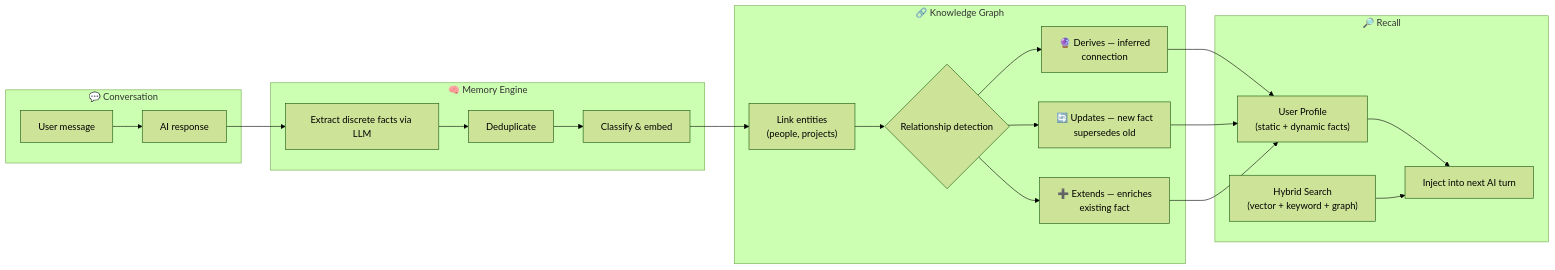
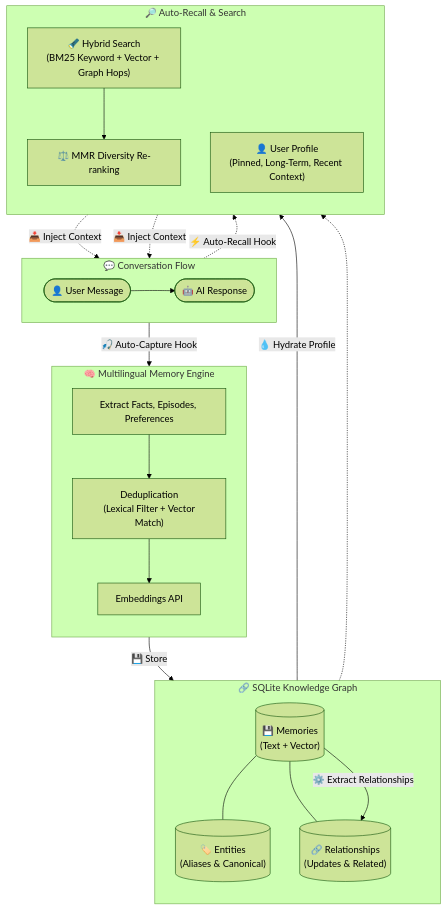
Before and after one commit to ivanvmoreno/supermemory-openclaw: the diagram in README.md, drawn with Mermaid (forest theme). The commit also changed other lines of this file and 20 other files, not shown here.

Commit message:
feat: multilingual memory engine

````diff
--- a/README.md
+++ b/README.md
@@ -19,33 +20,47 @@
 ```mermaid
-flowchart LR
-    subgraph input ["💬 Conversation"]
-        A[User message] --> B[AI response]
+flowchart TD
+    subgraph Conversation ["💬 Conversation Flow"]
+        direction LR
+        U([👤 User Message]) --> AI([🤖 AI Response])
     end
 
-    subgraph extract ["🧠 Memory Engine"]
-        C[Extract discrete facts via LLM]
-        C --> D[Deduplicate]
-        D --> E[Classify & embed]
+    subgraph Extraction ["🧠 Multilingual Memory Engine"]
+        direction TB
+        Ext["Extract Facts, Episodes, Preferences"]
+        Dedup["Deduplication\n (Lexical Filter + Vector Match)"]
+        Embed["Embeddings API"]
+        
+        Ext --> Dedup
+        Dedup --> Embed
     end
 
-    subgraph graph ["🔗 Knowledge Graph"]
-        F["Link entities\n(people, projects)"]
-        F --> G{Relationship detection}
-        G --> H["🔄 Updates — new fact\nsupersedes old"]
-        G --> I["➕ Extends — enriches\nexisting fact"]
-        G --> J["🔮 Derives — inferred\nconnection"]
+    subgraph Storage ["🔗 SQLite Knowledge Graph"]
+        direction TB
+        DB_Mem[("💾 Memories\n(Text + Vector)")]
+        DB_Ent[("🏷️ Entities\n(Aliases & Canonical)")]
+        DB_Rel[("🔗 Relationships\n(Updates & Related)")]
+        
+        DB_Mem --- DB_Ent
+        DB_Mem --- DB_Rel
     end
 
-    subgraph recall ["🔎 Recall"]
-        K["User Profile\n(static + dynamic facts)"]
-        L["Hybrid Search\n(vector + keyword + graph)"]
-        K --> M[Inject into next AI turn]
-        L --> M
+    subgraph Retrieval ["🔎 Auto-Recall & Search"]
+        direction TB
+        HybSearch["🔦 Hybrid Search\n(BM25 Keyword + Vector + Graph Hops)"]
+        Rerank["⚖️ MMR Diversity Re-ranking"]
+        Profile["👤 User Profile\n(Pinned, Long-Term, Recent Context)"]
+        
+        HybSearch --> Rerank
     end
 
-    B --> C
-    E --> F
-    J --> K
-    H --> K
-    I --> K
+    %% Connections
+    AI -->|🎣 Auto-Capture Hook| Ext
+    Embed -->|💾 Store| DB_Mem
+    DB_Mem -->|⚙️ Extract Relationships| DB_Rel
+    DB_Mem -->|💧 Hydrate Profile| Profile
+    
+    U -.->|⚡ Auto-Recall Hook| HybSearch
+    DB_Mem -.-> HybSearch
+    Rerank -.->|📥 Inject Context| AI
+    Profile -.->|📥 Inject Context| AI
 ```
````
